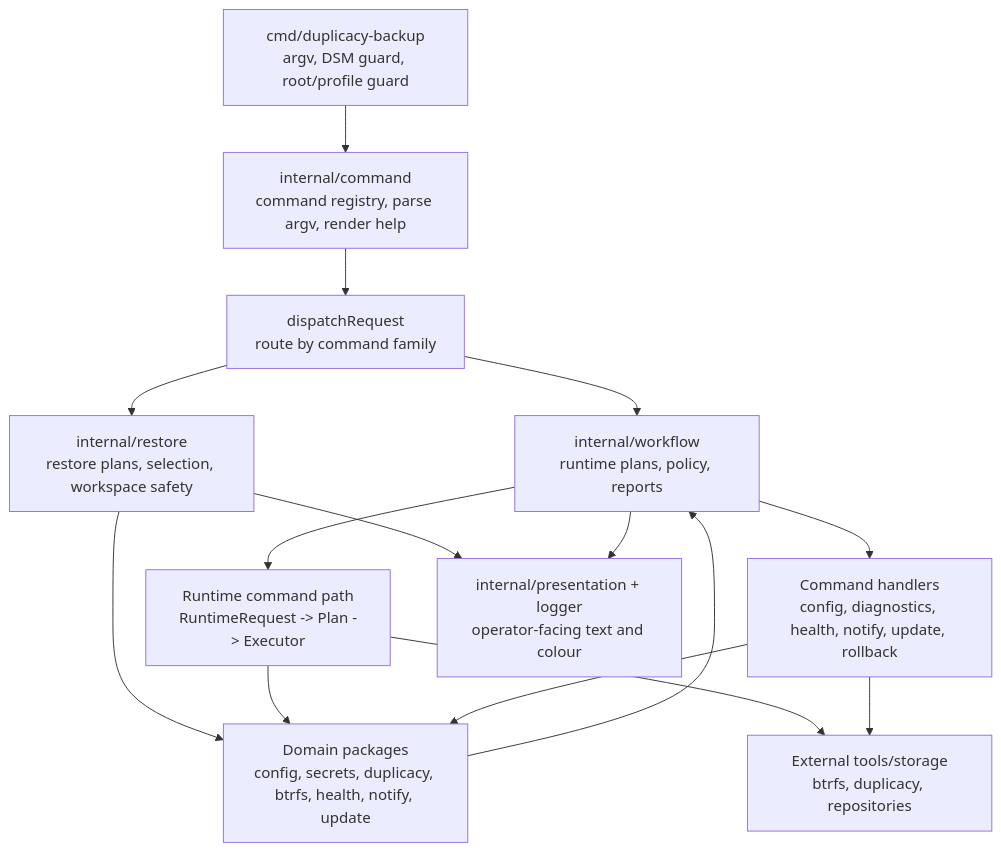
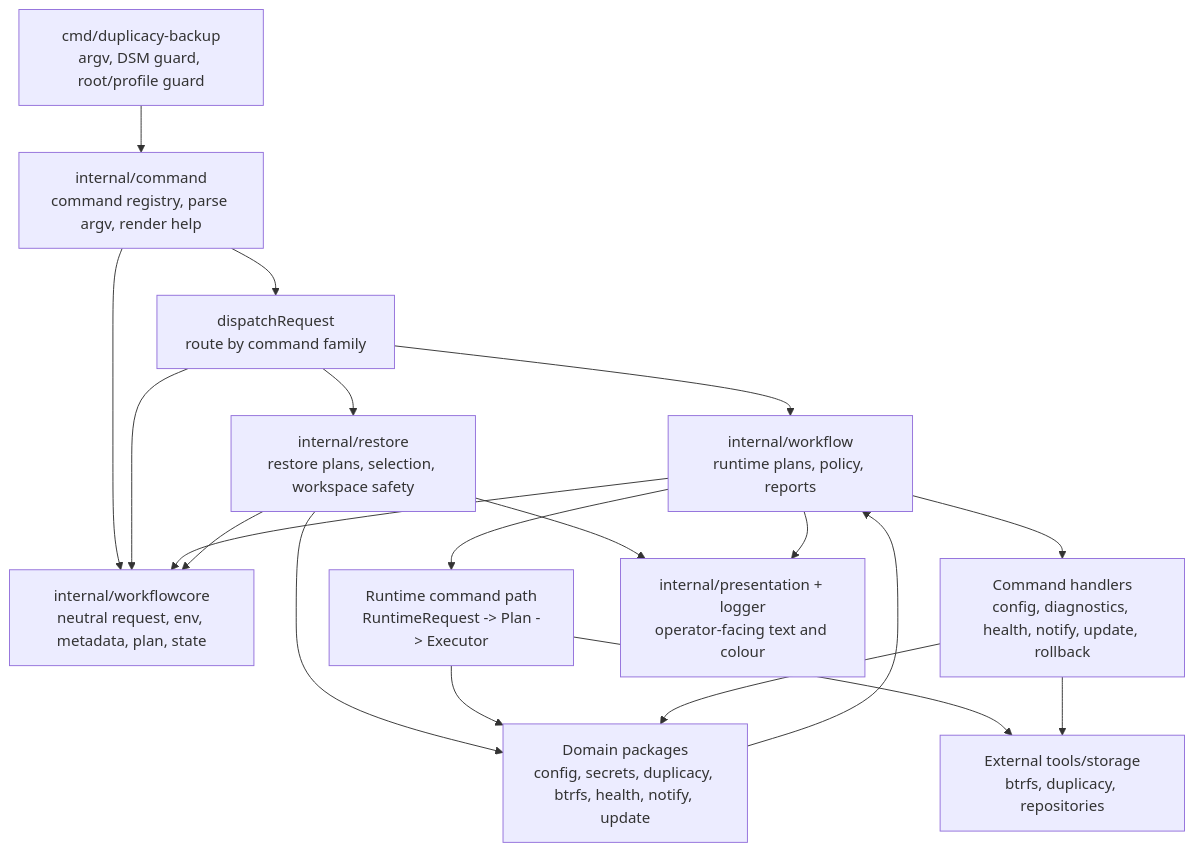
The diagram in docs/architecture.md (phillipmcmahon/synology-duplicacy-backup), drawn with Mermaid before and after one commit. The commit also changed other lines of this file and 22 other files, not shown here.

Commit message:
Promote neutral workflow primitives into shared core

````diff
--- a/docs/architecture.md
+++ b/docs/architecture.md
@@ -22,28 +22,33 @@
 ```mermaid
 flowchart TD
     CLI["cmd/duplicacy-backup<br/>argv, DSM guard, root/profile guard"]
     Command["internal/command<br/>command registry, parse argv, render help"]
     Dispatch["dispatchRequest<br/>route by command family"]
+    Core["internal/workflowcore<br/>neutral request, env, metadata, plan, state"]
     Workflow["internal/workflow<br/>runtime plans, policy, reports"]
     Restore["internal/restore<br/>restore plans, selection, workspace safety"]
     RuntimeFlow["Runtime command path<br/>RuntimeRequest -> Plan -> Executor"]
     CommandHandlers["Command handlers<br/>config, diagnostics, health, notify, update, rollback"]
     Domains["Domain packages<br/>config, secrets, duplicacy, btrfs, health, notify, update"]
     Presentation["internal/presentation + logger<br/>operator-facing text and colour"]
     External["External tools/storage<br/>btrfs, duplicacy, repositories"]
 
     CLI --> Command
+    Command --> Core
     Command --> Dispatch
+    Dispatch --> Core
     Dispatch --> Workflow
     Dispatch --> Restore
+    Workflow --> Core
+    Restore --> Core
     Workflow --> RuntimeFlow
     Workflow --> CommandHandlers
     Restore --> Domains
     Restore --> Presentation
     RuntimeFlow --> Domains
     CommandHandlers --> Domains
     RuntimeFlow --> External
     CommandHandlers --> External
     Workflow --> Presentation
     Domains --> Workflow
 ```
````
